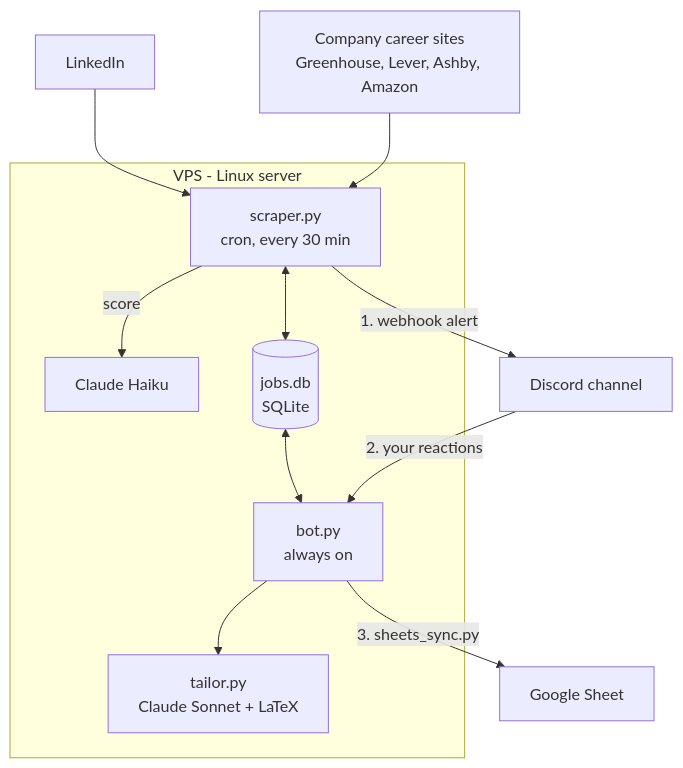
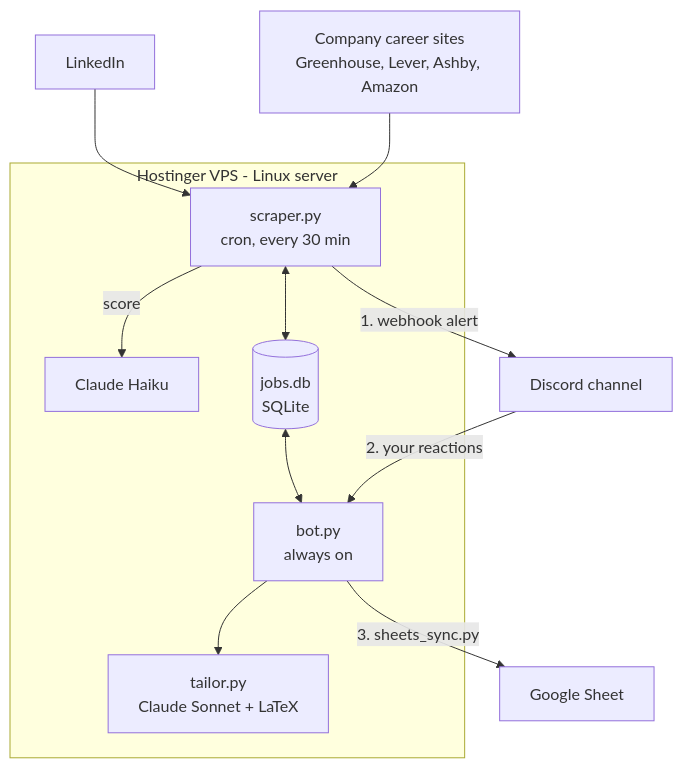
One commit to Haatim-Ali/job-agent-v2 changed the diagram in docs/job-agent-explained.md. Above: the diagram before and after it, drawn with Mermaid. The commit also changed other lines of this file and 1 other file, not shown here.

Commit message:
docs: name the Hostinger VPS

````diff
--- a/docs/job-agent-explained.md
+++ b/docs/job-agent-explained.md
@@ -11,14 +11,14 @@
 ```mermaid title="Job Agent architecture" page=portrait
 flowchart TB
   LI[LinkedIn] --> S
   CS[Company career sites<br/>Greenhouse, Lever, Ashby, Amazon] --> S
-  subgraph VPS [VPS - Linux server]
+  subgraph VPS [Hostinger VPS - Linux server]
     S[scraper.py<br/>cron, every 30 min] -->|score| H[Claude Haiku]
     S <--> DB[(jobs.db<br/>SQLite)]
     DB <--> B[bot.py<br/>always on]
     B --> T[tailor.py<br/>Claude Sonnet + LaTeX]
   end
   S -->|1. webhook alert| D[Discord channel]
   D -->|2. your reactions| B
   B -->|3. sheets_sync.py| G[Google Sheet]
 ```
````
